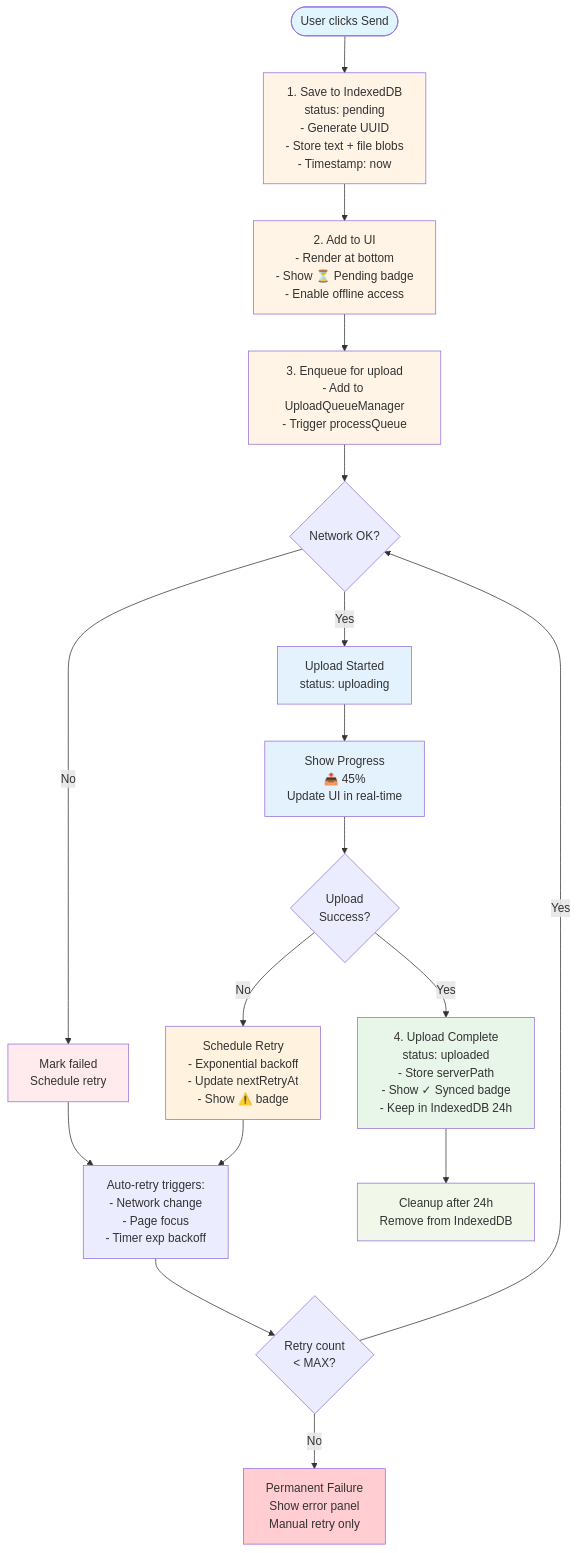
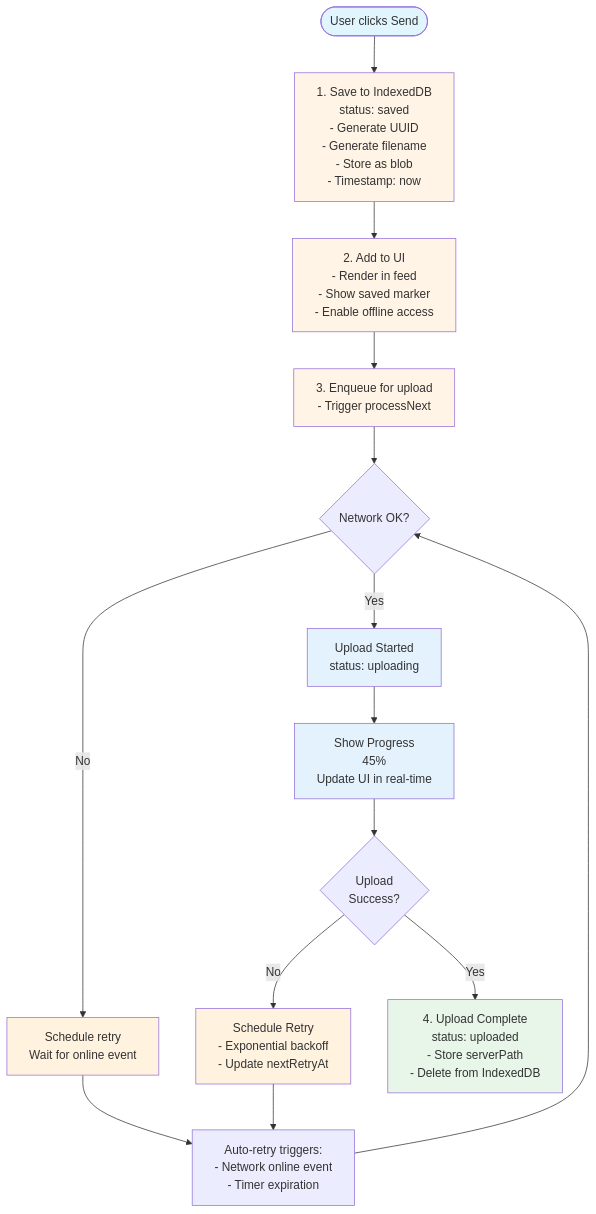
Before and after one commit to xiaoyuanzhu-com/my-life-db: the diagram in docs/send.md, drawn with Mermaid. The commit also changed other lines of this file, not shown here.

First line of the commit message:
docs: refine send flow with TUS and enhanced resilience

````diff
--- a/docs/send.md
+++ b/docs/send.md
@@ -85,36 +80,30 @@
 ```mermaid
 flowchart TB
-    Start([User clicks Send]) --> Save[1. Save to IndexedDB<br/>status: pending<br/>- Generate UUID<br/>- Store text + file blobs<br/>- Timestamp: now]
-    Save --> UI[2. Add to UI<br/>- Render at bottom<br/>- Show ⏳ Pending badge<br/>- Enable offline access]
-    UI --> Enqueue[3. Enqueue for upload<br/>- Add to UploadQueueManager<br/>- Trigger processQueue]
+    Start([User clicks Send]) --> Save[1. Save to IndexedDB<br/>status: saved<br/>- Generate UUID<br/>- Generate filename<br/>- Store as blob<br/>- Timestamp: now]
+    Save --> UI[2. Add to UI<br/>- Render in feed<br/>- Show saved marker<br/>- Enable offline access]
+    UI --> Enqueue[3. Enqueue for upload<br/>- Trigger processNext]
     Enqueue --> NetworkCheck{Network OK?}
 
     NetworkCheck -->|Yes| Upload[Upload Started<br/>status: uploading]
-    NetworkCheck -->|No| Failed[Mark failed<br/>Schedule retry]
+    NetworkCheck -->|No| ScheduleRetry[Schedule retry<br/>Wait for online event]
 
-    Upload --> Progress[Show Progress<br/>📤 45%<br/>Update UI in real-time]
+    Upload --> Progress[Show Progress<br/>45%<br/>Update UI in real-time]
     Progress --> UploadCheck{Upload<br/>Success?}
 
-    UploadCheck -->|No| Retry[Schedule Retry<br/>- Exponential backoff<br/>- Update nextRetryAt<br/>- Show ⚠️ badge]
-    UploadCheck -->|Yes| Complete[4. Upload Complete<br/>status: uploaded<br/>- Store serverPath<br/>- Show ✓ Synced badge<br/>- Keep in IndexedDB 24h]
+    UploadCheck -->|No| Retry[Schedule Retry<br/>- Exponential backoff<br/>- Update nextRetryAt]
+    UploadCheck -->|Yes| Complete[4. Upload Complete<br/>status: uploaded<br/>- Store serverPath<br/>- Delete from IndexedDB]
 
-    Failed --> RetryTriggers[Auto-retry triggers:<br/>- Network change<br/>- Page focus<br/>- Timer exp backoff]
+    ScheduleRetry --> RetryTriggers[Auto-retry triggers:<br/>- Network online event<br/>- Timer expiration]
     Retry --> RetryTriggers
-    RetryTriggers --> RetryCheck{Retry count<br/>< MAX?}
-    RetryCheck -->|Yes| NetworkCheck
-    RetryCheck -->|No| PermanentFail[Permanent Failure<br/>Show error panel<br/>Manual retry only]
-
-    Complete --> Cleanup[Cleanup after 24h<br/>Remove from IndexedDB]
+    RetryTriggers --> NetworkCheck
 
     style Start fill:#e1f5ff
     style Save fill:#fff4e6
     style UI fill:#fff4e6
     style Enqueue fill:#fff4e6
     style Upload fill:#e3f2fd
     style Progress fill:#e3f2fd
     style Complete fill:#e8f5e9
-    style Failed fill:#ffebee
+    style ScheduleRetry fill:#fff3e0
     style Retry fill:#fff3e0
-    style PermanentFail fill:#ffcdd2
-    style Cleanup fill:#f1f8e9
 ```
````
